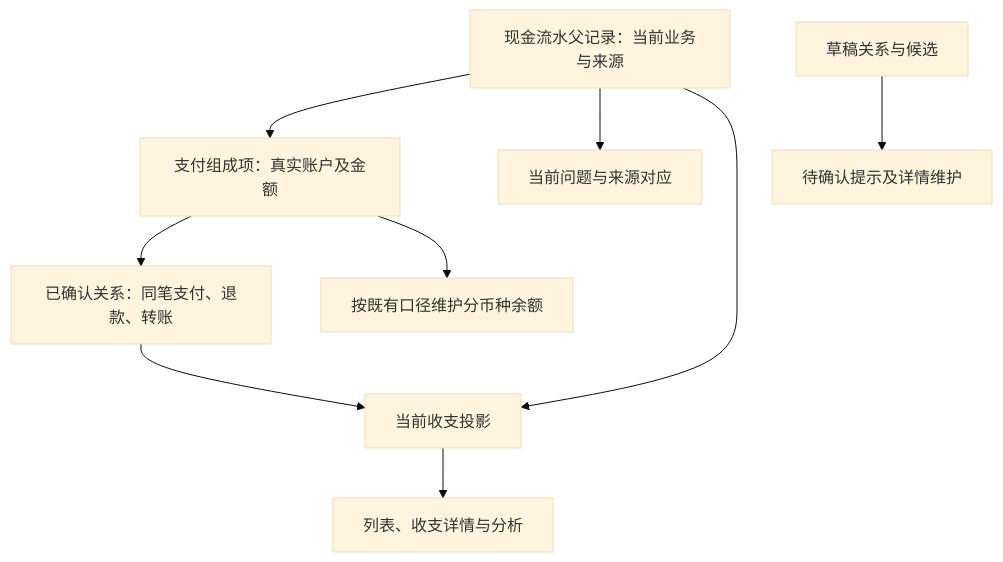
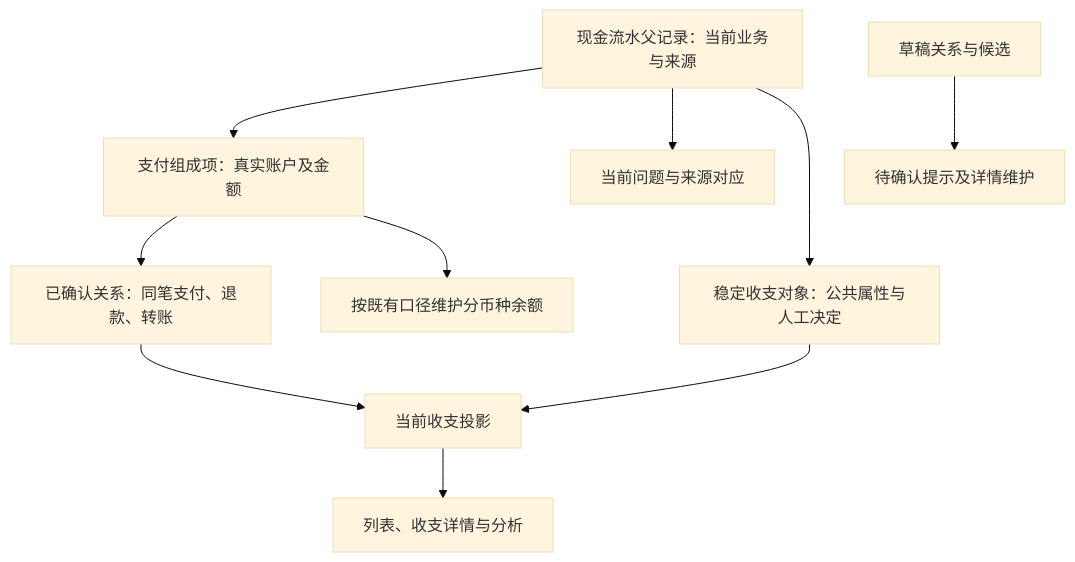
The diagram in docs/cash-ledger.md (ssttkkl/finance-tracker), drawn with Mermaid (base theme) before and after one commit. The commit also changed other lines of this file and 96 other files, not shown here.

````diff
--- a/docs/cash-ledger.md
+++ b/docs/cash-ledger.md
@@ -24,11 +26,12 @@
 ```mermaid
 flowchart TD
     A[现金流水父记录：当前业务与来源] --> B[支付组成项：真实账户及金额]
     A --> C[当前问题与来源对应]
     B --> D[已确认关系：同笔支付、退款、转账]
-    A --> E[当前收支投影]
+    A --> J[稳定收支对象：公共属性与人工决定]
+    J --> E[当前收支投影]
     D --> E
     E --> F[列表、收支详情与分析]
     B --> G[按既有口径维护分币种余额]
     H[草稿关系与候选] --> I[待确认提示及详情维护]
 ```
````
